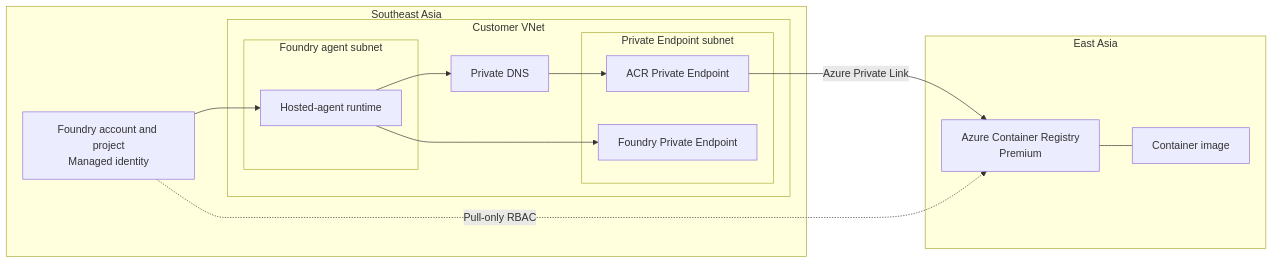
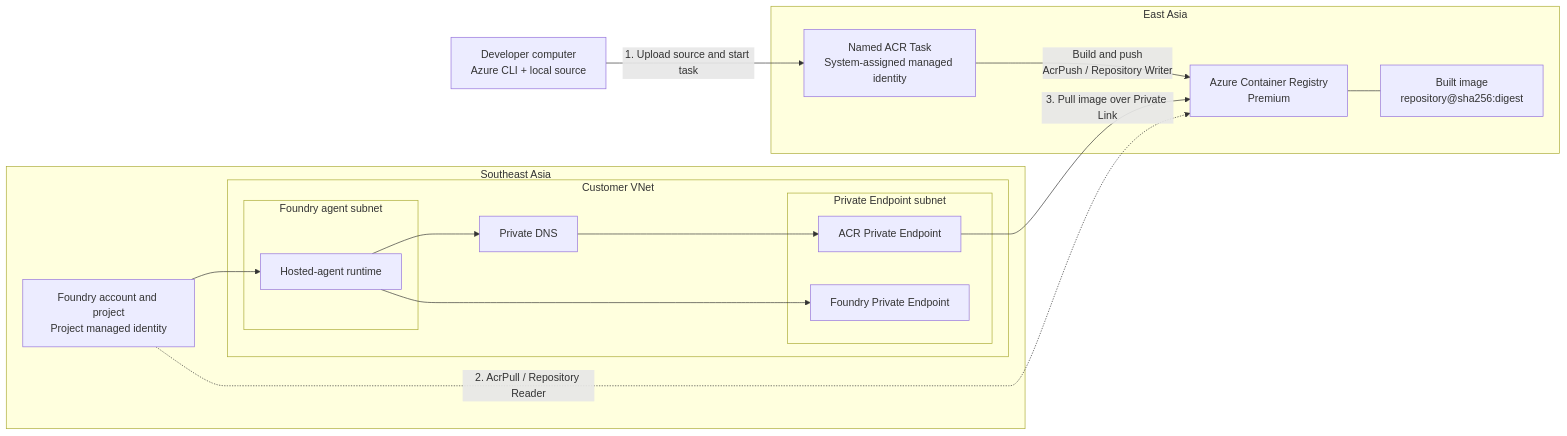
One commit to yimkwokwoon/acr-crossregion-pull-drill changed the diagram in README.md. Above: the diagram before and after it, drawn with Mermaid. The commit also changed other lines of this file, not shown here.

Commit message:
docs: document end-to-end ACR task flow

````diff
--- a/README.md
+++ b/README.md
@@ -21,32 +24,37 @@
 ```mermaid
 flowchart LR
+    DEV["Developer computer<br/>Azure CLI + local source"]
+
     subgraph EA["East Asia"]
+        TASK["Named ACR Task<br/>System-assigned managed identity"]
         ACR["Azure Container Registry<br/>Premium"]
-        IMAGE["Container image"]
+        IMAGE["Built image<br/>repository@sha256:digest"]
+        TASK -->|"Build and push<br/>AcrPush / Repository Writer"| ACR
         ACR --- IMAGE
     end
 
     subgraph SEA["Southeast Asia"]
         subgraph VNET["Customer VNet"]
             subgraph AGENTSUBNET["Foundry agent subnet"]
                 RUNTIME["Hosted-agent runtime"]
             end
 
             subgraph PESUBNET["Private Endpoint subnet"]
                 ACRPE["ACR Private Endpoint"]
                 FOUNDRYPE["Foundry Private Endpoint"]
             end
 
             DNS["Private DNS"]
         end
 
-        PROJECT["Foundry account and project<br/>Managed identity"]
+        PROJECT["Foundry account and project<br/>Project managed identity"]
     end
 
+    DEV -->|"1. Upload source and start task"| TASK
     PROJECT --> RUNTIME
     RUNTIME --> DNS
     DNS --> ACRPE
-    ACRPE -->|"Azure Private Link"| ACR
+    ACRPE -->|"3. Pull image over Private Link"| ACR
     RUNTIME --> FOUNDRYPE
-    PROJECT -. "Pull-only RBAC" .-> ACR
+    PROJECT -. "2. AcrPull / Repository Reader" .-> ACR
 ```
````
